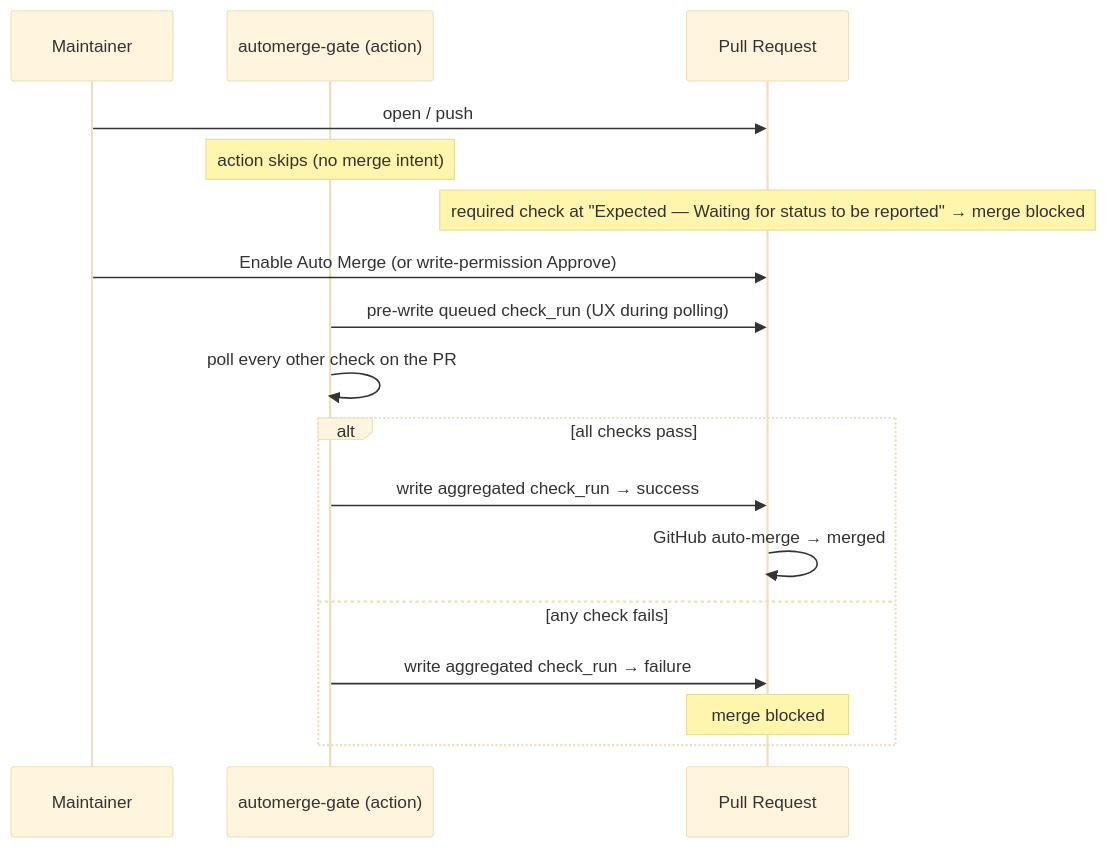
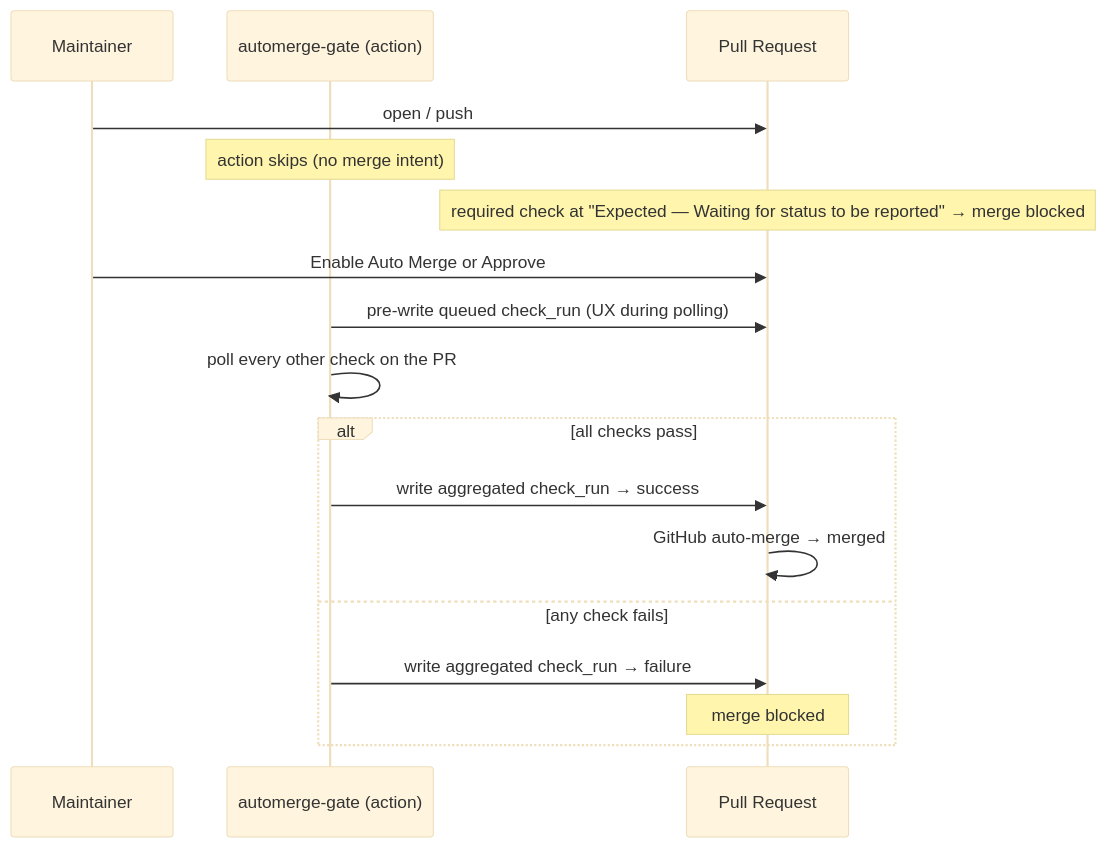
The first of 2 diagrams in README.md (pkgdeps/check-suite-gate), drawn with Mermaid (base theme) before and after one commit.

````diff
--- a/README.md
+++ b/README.md
@@ -23,22 +23,22 @@
 ```mermaid
 sequenceDiagram
     participant U as Maintainer
     participant A as automerge-gate (action)
     participant PR as Pull Request
 
     U->>PR: open / push
     Note over A: action skips (no merge intent)
     Note over PR: required check at "Expected — Waiting for status to be reported" → merge blocked
 
-    U->>PR: Enable Auto Merge (or write-permission Approve)
+    U->>PR: Enable Auto Merge or Approve
     A->>PR: pre-write queued check_run (UX during polling)
     A->>A: poll every other check on the PR
 
     alt all checks pass
         A->>PR: write aggregated check_run → success
         PR->>PR: GitHub auto-merge → merged
     else any check fails
         A->>PR: write aggregated check_run → failure
         Note over PR: merge blocked
     end
 ```
````
